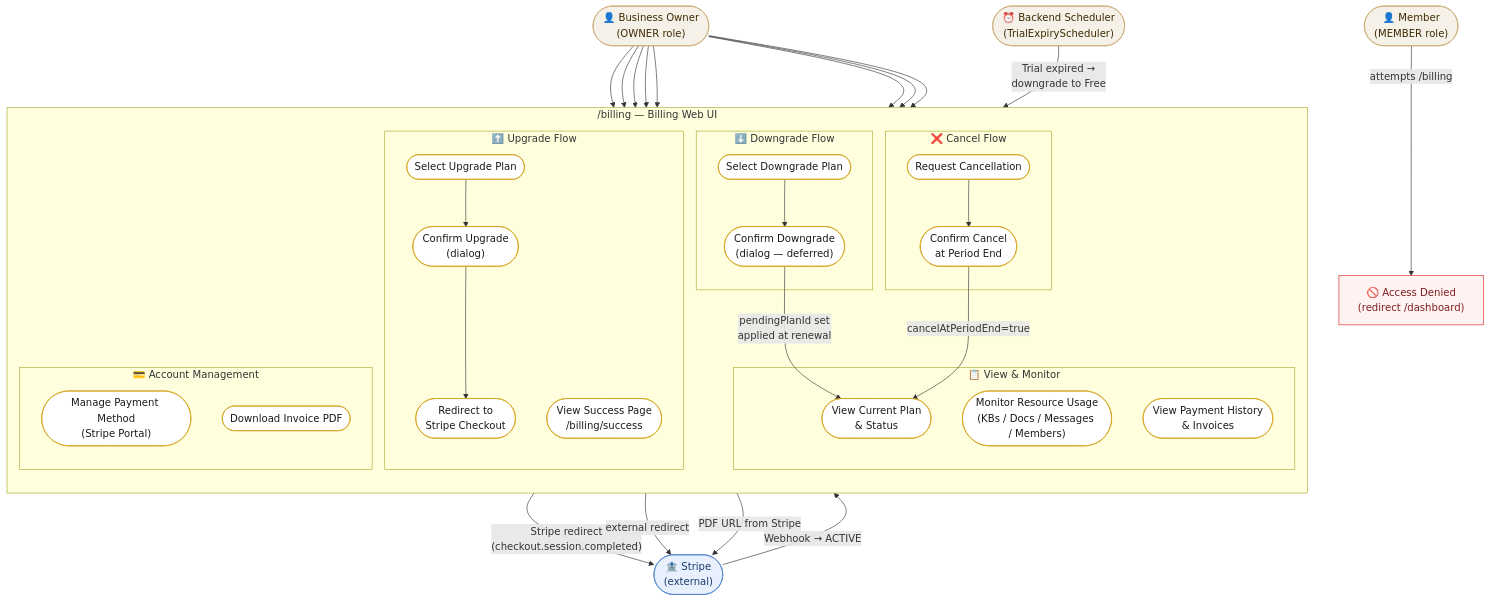
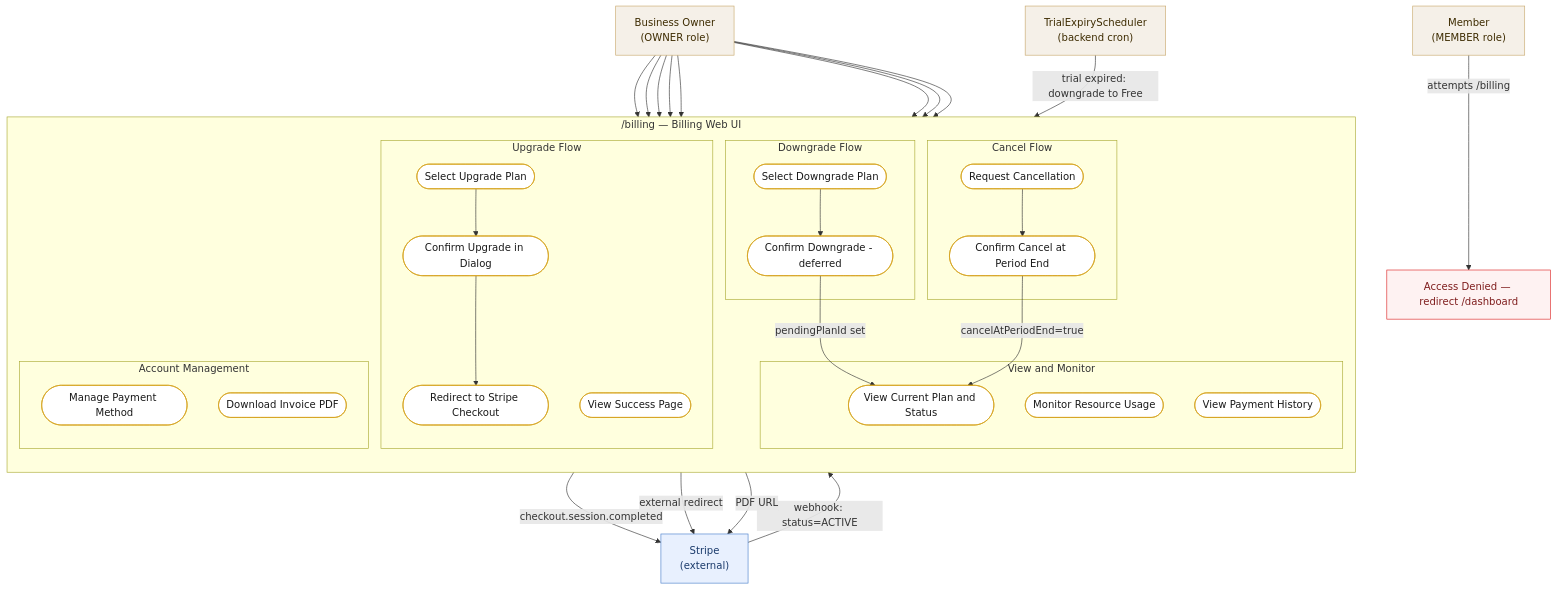
One commit to leonard-garden/spring-saas-support-ai changed the diagram in docs/features/billing-web/diagrams/billing-web-usecase.md. Above: the diagram before and after it, drawn with Mermaid.

Commit message:
docs(uml): fix use case diagram syntax — remove invalid newlines, ampersand, rx:50

````diff
--- a/docs/features/billing-web/diagrams/billing-web-usecase.md
+++ b/docs/features/billing-web/diagrams/billing-web-usecase.md
@@ -8,46 +8,46 @@
 ```mermaid
 flowchart TB
-    %% ── Actors ──────────────────────────────────────────────────
-    Owner(["👤 Business Owner\n(OWNER role)"])
-    Member(["👤 Member\n(MEMBER role)"])
-    Stripe(["🏦 Stripe\n(external)"])
-    Scheduler(["⏰ Backend Scheduler\n(TrialExpiryScheduler)"])
+    %% ── Actors (outside system boundary) ────────────────────────
+    Owner["Business Owner<br/>(OWNER role)"]
+    Member["Member<br/>(MEMBER role)"]
+    Stripe["Stripe<br/>(external)"]
+    Scheduler["TrialExpiryScheduler<br/>(backend cron)"]
 
     %% ── System boundary ─────────────────────────────────────────
-    subgraph BillingUI ["  /billing — Billing Web UI  "]
+    subgraph BillingUI ["/billing — Billing Web UI"]
         direction TB
 
-        subgraph View ["📋 View & Monitor"]
-            UC1(["View Current Plan\n& Status"])
-            UC2(["Monitor Resource Usage\n(KBs / Docs / Messages / Members)"])
-            UC3(["View Payment History\n& Invoices"])
+        subgraph View ["View and Monitor"]
+            UC1(["View Current Plan and Status"])
+            UC2(["Monitor Resource Usage"])
+            UC3(["View Payment History"])
         end
 
-        subgraph Upgrade ["⬆️ Upgrade Flow"]
+        subgraph UpgradeFlow ["Upgrade Flow"]
             UC4(["Select Upgrade Plan"])
-            UC5(["Confirm Upgrade\n(dialog)"])
-            UC6(["Redirect to\nStripe Checkout"])
-            UC7(["View Success Page\n/billing/success"])
+            UC5(["Confirm Upgrade in Dialog"])
+            UC6(["Redirect to Stripe Checkout"])
+            UC7(["View Success Page"])
         end
 
-        subgraph Downgrade ["⬇️ Downgrade Flow"]
+        subgraph DowngradeFlow ["Downgrade Flow"]
             UC8(["Select Downgrade Plan"])
-            UC9(["Confirm Downgrade\n(dialog — deferred)"])
+            UC9(["Confirm Downgrade - deferred"])
         end
 
-        subgraph Cancel ["❌ Cancel Flow"]
+        subgraph CancelFlow ["Cancel Flow"]
             UC10(["Request Cancellation"])
-            UC11(["Confirm Cancel\nat Period End"])
+            UC11(["Confirm Cancel at Period End"])
         end
 
-        subgraph Mgmt ["💳 Account Management"]
-            UC12(["Manage Payment Method\n(Stripe Portal)"])
+        subgraph Mgmt ["Account Management"]
+            UC12(["Manage Payment Method"])
             UC13(["Download Invoice PDF"])
         end
     end
 
     %% ── Denied access ───────────────────────────────────────────
-    DENY["🚫 Access Denied\n(redirect /dashboard)"]
+    DENY["Access Denied — redirect /dashboard"]
 
     %% ── Owner interactions ───────────────────────────────────────
     Owner --> UC1
@@ -59,39 +59,37 @@
     Owner --> UC12
     Owner --> UC13
 
-    %% ── Upgrade flow chain ───────────────────────────────────────
+    %% ── Upgrade chain ────────────────────────────────────────────
     UC4 --> UC5
     UC5 --> UC6
-    UC6 -->|"Stripe redirect\n(checkout.session.completed)"| Stripe
-    Stripe -->|"Webhook → ACTIVE"| UC7
+    UC6 -->|"checkout.session.completed"| Stripe
+    Stripe -->|"webhook: status=ACTIVE"| UC7
 
-    %% ── Downgrade flow ───────────────────────────────────────────
+    %% ── Downgrade chain ──────────────────────────────────────────
     UC8 --> UC9
-    UC9 -->|"pendingPlanId set\napplied at renewal"| UC1
+    UC9 -->|"pendingPlanId set"| UC1
 
-    %% ── Cancel flow ──────────────────────────────────────────────
+    %% ── Cancel chain ─────────────────────────────────────────────
     UC10 --> UC11
     UC11 -->|"cancelAtPeriodEnd=true"| UC1
 
     %% ── Member blocked ───────────────────────────────────────────
     Member -->|"attempts /billing"| DENY
 
-    %% ── Stripe involvement ───────────────────────────────────────
+    %% ── Stripe links ─────────────────────────────────────────────
     UC12 -->|"external redirect"| Stripe
-    UC13 -->|"PDF URL from Stripe"| Stripe
+    UC13 -->|"PDF URL"| Stripe
 
-    %% ── Scheduler side-effects visible in UC1 ────────────────────
-    Scheduler -->|"Trial expired →\ndowngrade to Free"| UC1
+    %% ── Scheduler side-effect ────────────────────────────────────
+    Scheduler -->|"trial expired: downgrade to Free"| UC1
 
     %% ── Styles ───────────────────────────────────────────────────
-    classDef actor fill:#f5f0e8,stroke:#c9a96e,color:#3d2b00,rx:50
+    classDef actor fill:#f5f0e8,stroke:#c9a96e,color:#3d2b00
     classDef usecase fill:#fff,stroke:#d4a017,color:#1a1a1a
     classDef external fill:#e8f0fe,stroke:#4a7fcb,color:#1a3a6b
     classDef denied fill:#fef2f2,stroke:#dc2626,color:#7f1d1d
-    classDef subgraphStyle fill:#fffbf0,stroke:#e5c57a
 
-    class Owner,Member actor
-    class Scheduler actor
+    class Owner,Member,Scheduler actor
     class UC1,UC2,UC3,UC4,UC5,UC6,UC7,UC8,UC9,UC10,UC11,UC12,UC13 usecase
     class Stripe external
     class DENY denied
````
